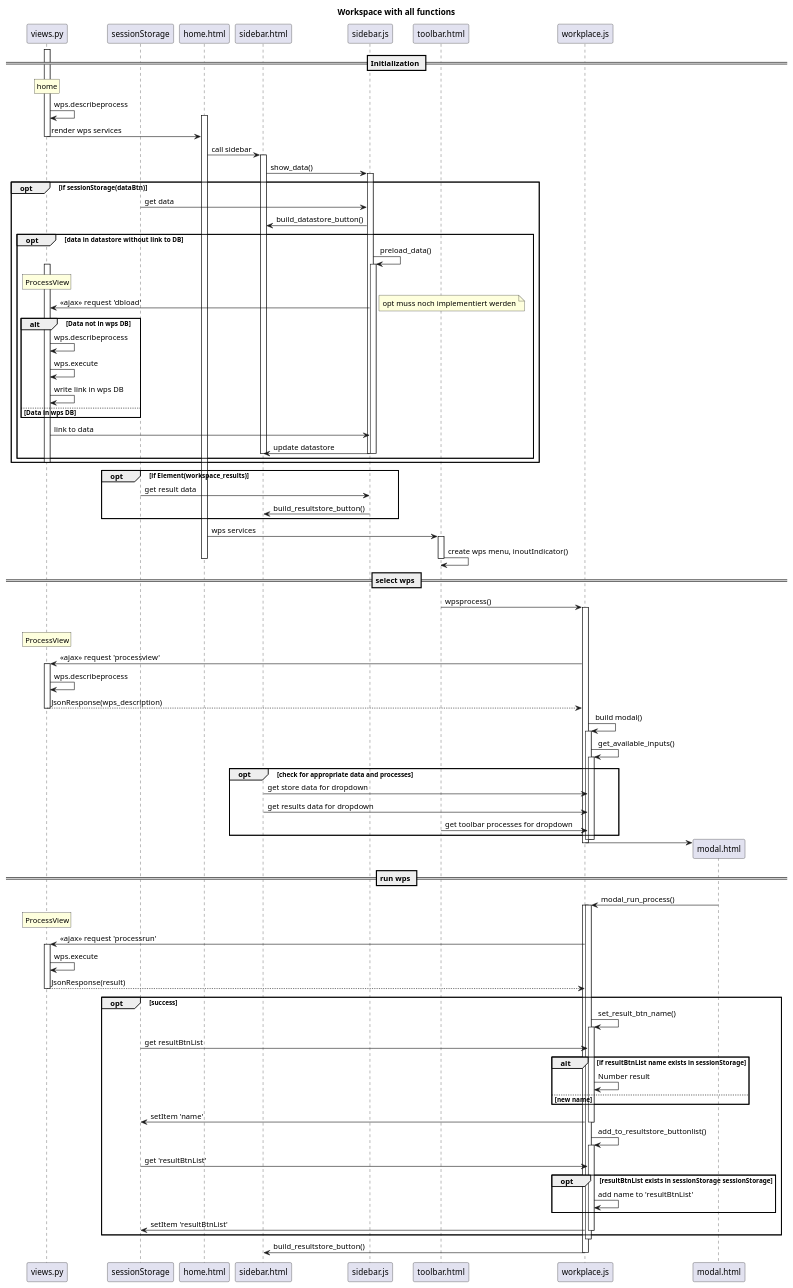
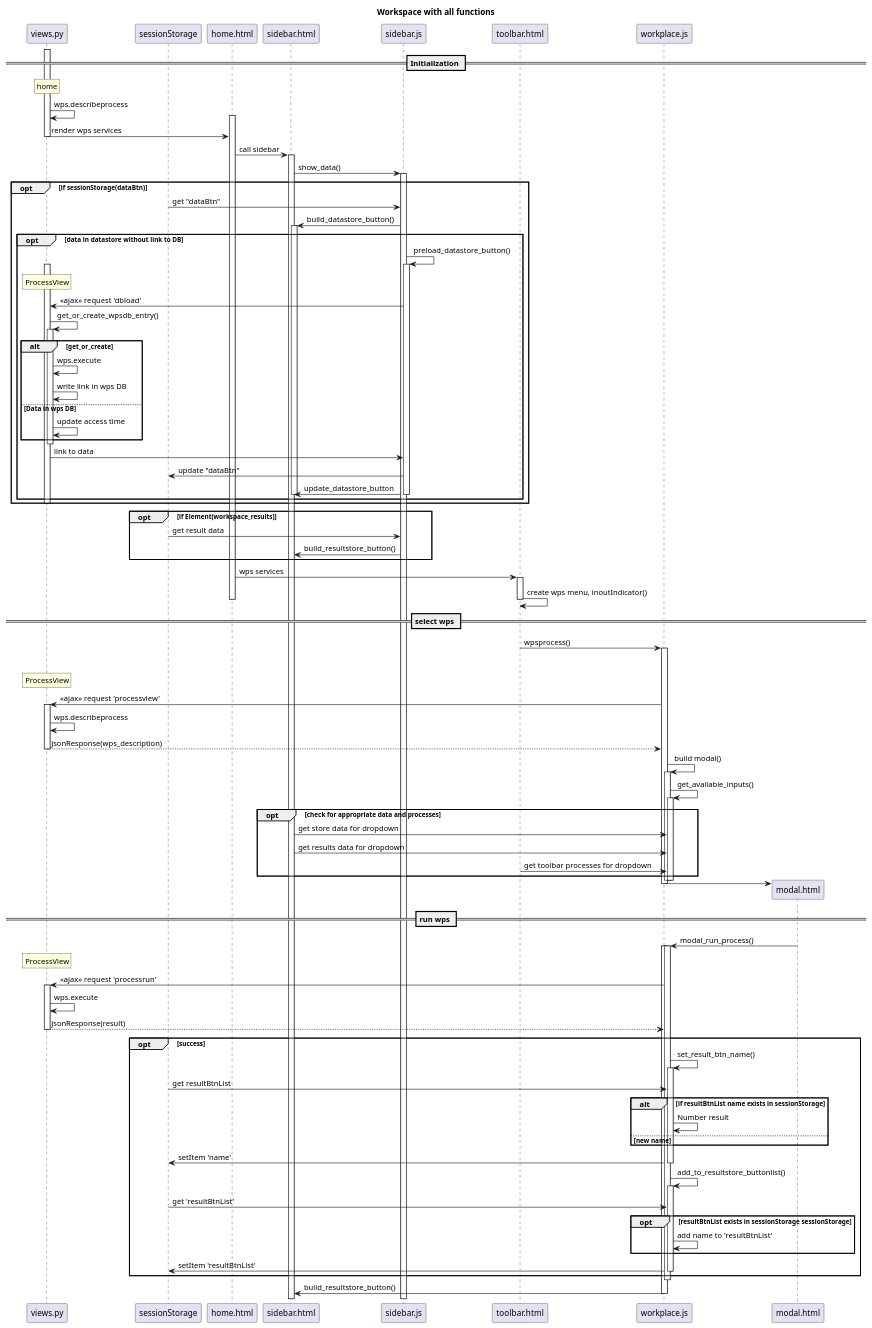
The second of 2 diagrams in Seq_Workspace.puml (VForWaTer/vforwater-portal), drawn with PlantUML before and after one commit. The commit also changed 5 other files, not shown here.

Commit message:
In Workspace check if selected data is already pickled, when not start wps and get link (id) for pickled dataset

```diff
--- a/Seq_Workspace.puml
+++ b/Seq_Workspace.puml
@@ -71,103 +71,104 @@
 @startuml
 title Workspace with all functions
 
 'hide footbox
 
 participant views.py
 participant sessionStorage
 
 == Initialization ==
 participant home.html
 activate views.py
 rnote over views.py: home
 views.py -> views.py: wps.describeprocess
 activate home.html
 views.py -> home.html--: render wps services
 
 home.html -> sidebar.html: call sidebar
 activate sidebar.html
 sidebar.html -> sidebar.js ++: show_data()
 opt if sessionStorage(dataBtn)
-    sessionStorage -> sidebar.js: get data
-    sidebar.js -> sidebar.html: build_datastore_button()
+    sessionStorage -> sidebar.js: get "dataBtn"
+    sidebar.js -> sidebar.html ++: build_datastore_button()
     opt data in datastore without link to DB
-        sidebar.js -> sidebar.js ++: preload_data()
+        sidebar.js -> sidebar.js ++: preload_datastore_button()
         rnote over views.py: ProcessView
         activate views.py
         sidebar.js -> views.py: <<ajax>> request 'dbload'
-        note right: opt muss noch implementiert werden
-
-        alt Data not in wps DB
-'            views.py -> sidebar.js: link to data
-            views.py -> views.py: wps.describeprocess
+        views.py -> views.py ++: get_or_create_wpsdb_entry()
+        alt get_or_create
+'           views.py -> sidebar.js --: link to data
             views.py -> views.py: wps.execute
             views.py -> views.py: write link in wps DB
         else Data in wps DB
+            views.py -> views.py: update access time
         end
+        deactivate views.py
         views.py -> sidebar.js: link to data
-            sidebar.js -> sidebar.html --: update datastore
+            sidebar.js -> sessionStorage: update "dataBtn"
+            sidebar.js -> sidebar.html: update_datastore_button
             deactivate sidebar.html
             deactivate sidebar.js
     end
 deactivate views.py
 end
 opt if Element(workspace_results)
     sessionStorage -> sidebar.js: get result data
     sidebar.js -> sidebar.html: build_resultstore_button()
 end
 'sidebar.js -> sidebar.html : create datastore
 
 home.html -> toolbar.html ++: wps services
 toolbar.html -> toolbar.html: create wps menu, inoutIndicator()
 deactivate home.html
 deactivate toolbar.html
 
 == select wps ==
 toolbar.html -> workplace.js ++: wpsprocess()
 deactivate toolbar.html
 rnote over views.py: ProcessView
 workplace.js -> views.py ++: <<ajax>> request 'processview'
 views.py -> views.py: wps.describeprocess
 return JsonResponse(wps_description)
 workplace.js -> workplace.js++: build modal()
 workplace.js -> workplace.js++: get_available_inputs()
 
 opt check for appropriate data and processes
-sidebar.html -> workplace.js: get store data for dropdown
-sidebar.html -> workplace.js: get results data for dropdown
-toolbar.html -> workplace.js: get toolbar processes for dropdown
+    sidebar.html -> workplace.js: get store data for dropdown
+    sidebar.html -> workplace.js: get results data for dropdown
+    toolbar.html -> workplace.js: get toolbar processes for dropdown
 end
 
 deactivate workplace.js
 deactivate workplace.js
 workplace.js -> modal.html **
 deactivate workplace.js
 
 == run wps ==
 modal.html -> workplace.js ++: modal_run_process()
 rnote over views.py: ProcessView
 activate workplace.js
 workplace.js -> views.py ++: <<ajax>> request 'processrun'
 views.py -> views.py: wps.execute
 return JsonResponse(result)
 opt success
     workplace.js -> workplace.js ++: set_result_btn_name()
     sessionStorage -> workplace.js: get resultBtnList
     alt if resultBtnList name exists in sessionStorage
         workplace.js -> workplace.js: Number result
         else new name
     end
         workplace.js -> sessionStorage: setItem 'name'
 deactivate workplace.js
     workplace.js -> workplace.js ++: add_to_resultstore_buttonlist()
     sessionStorage -> workplace.js: get 'resultBtnList'
     opt resultBtnList exists in sessionStorage sessionStorage
         workplace.js -> workplace.js: add name to 'resultBtnList'
     end
         workplace.js -> sessionStorage: setItem 'resultBtnList'
 deactivate workplace.js
 end
 deactivate workplace.js
 workplace.js -> sidebar.html: build_resultstore_button()
 deactivate workplace.js
 @enduml
```
